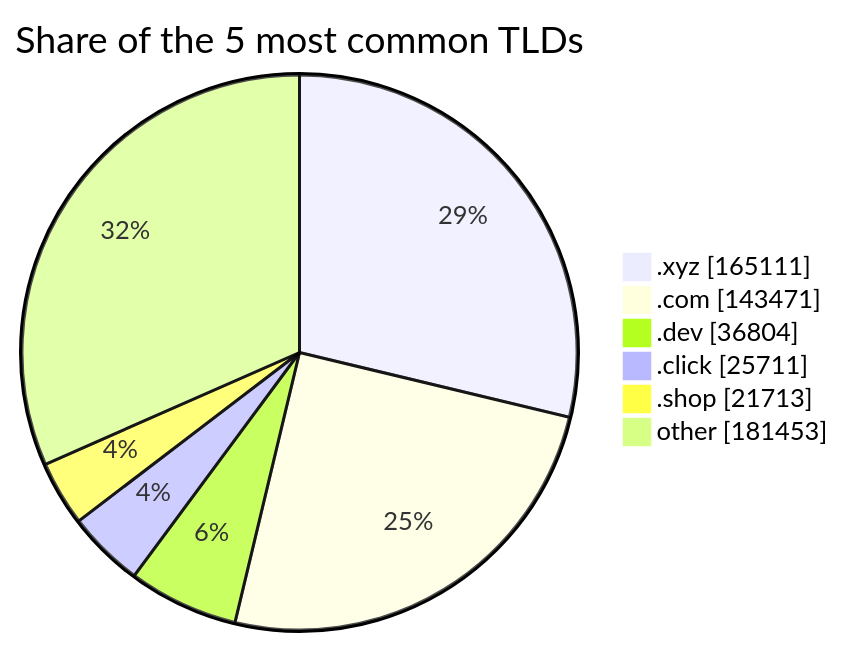
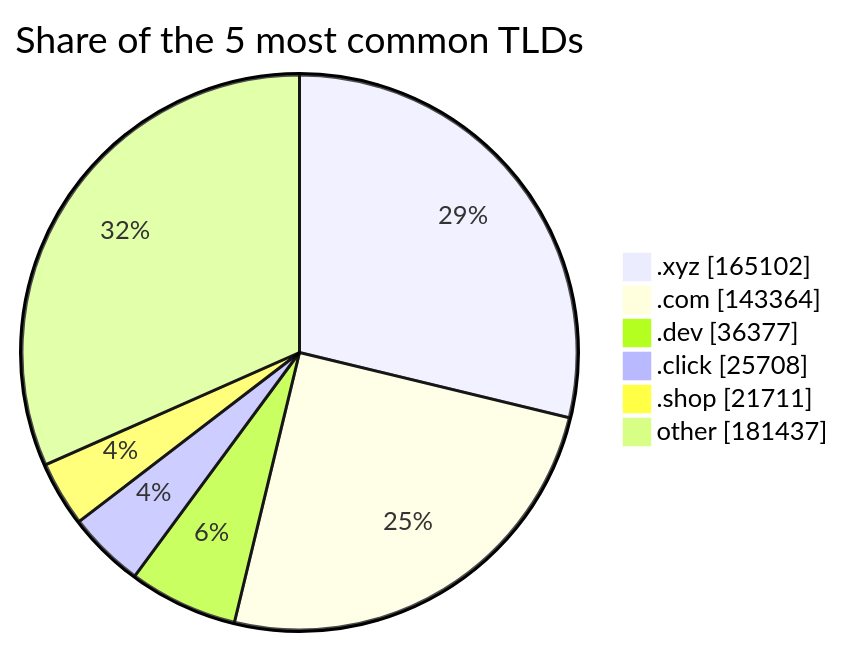
One commit to DNSBunker/CTI changed the third of 3 diagrams in README.md. Above: the diagram before and after it, drawn with Mermaid. The commit also changed other lines of this file and 3 other files, not shown here.

````diff
--- a/README.md
+++ b/README.md
@@ -81,9 +81,9 @@
 ```mermaid
 pie showData title Share of the 5 most common TLDs
-    ".xyz" : 165111
-    ".com" : 143471
-    ".dev" : 36804
-    ".click" : 25711
-    ".shop" : 21713
-    "other" : 181453
+    ".xyz" : 165102
+    ".com" : 143364
+    ".dev" : 36377
+    ".click" : 25708
+    ".shop" : 21711
+    "other" : 181437
 ```
````
